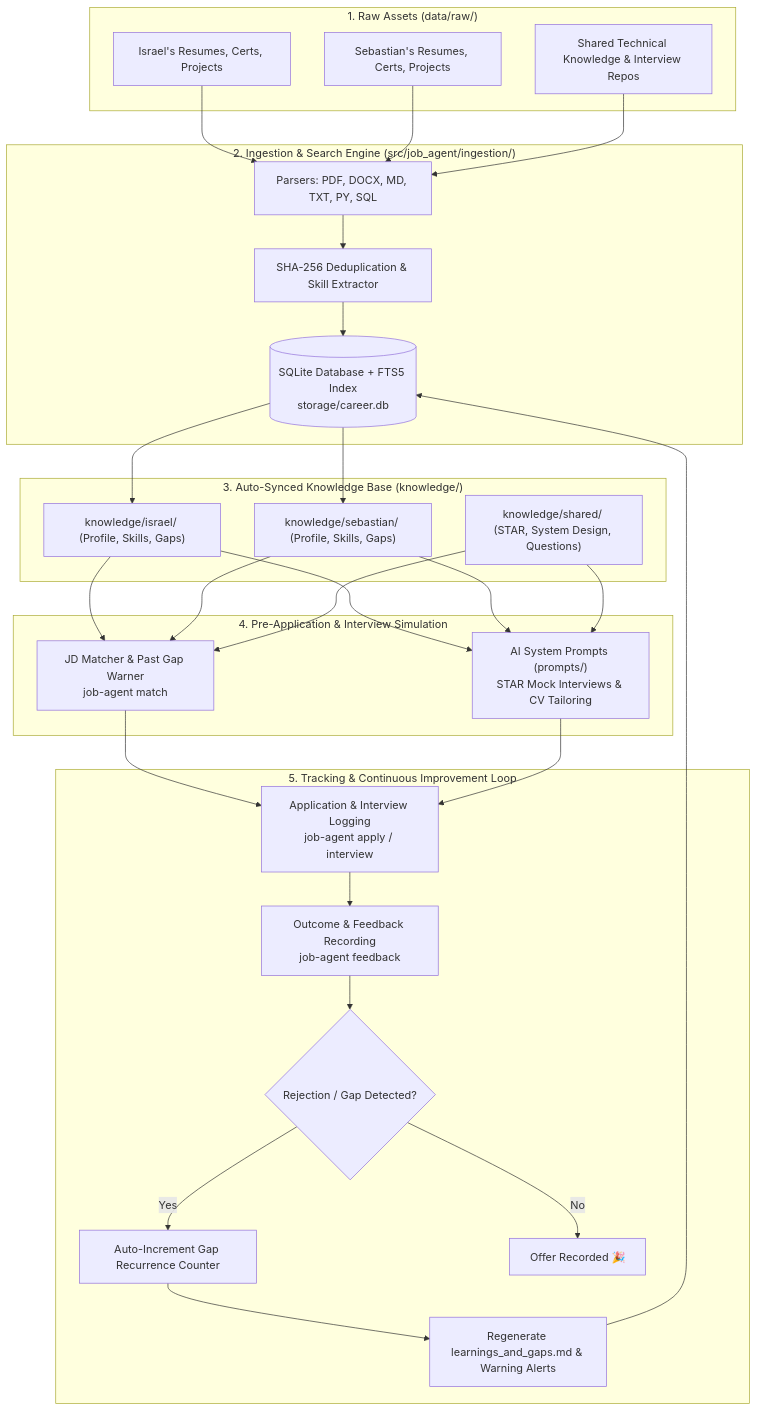
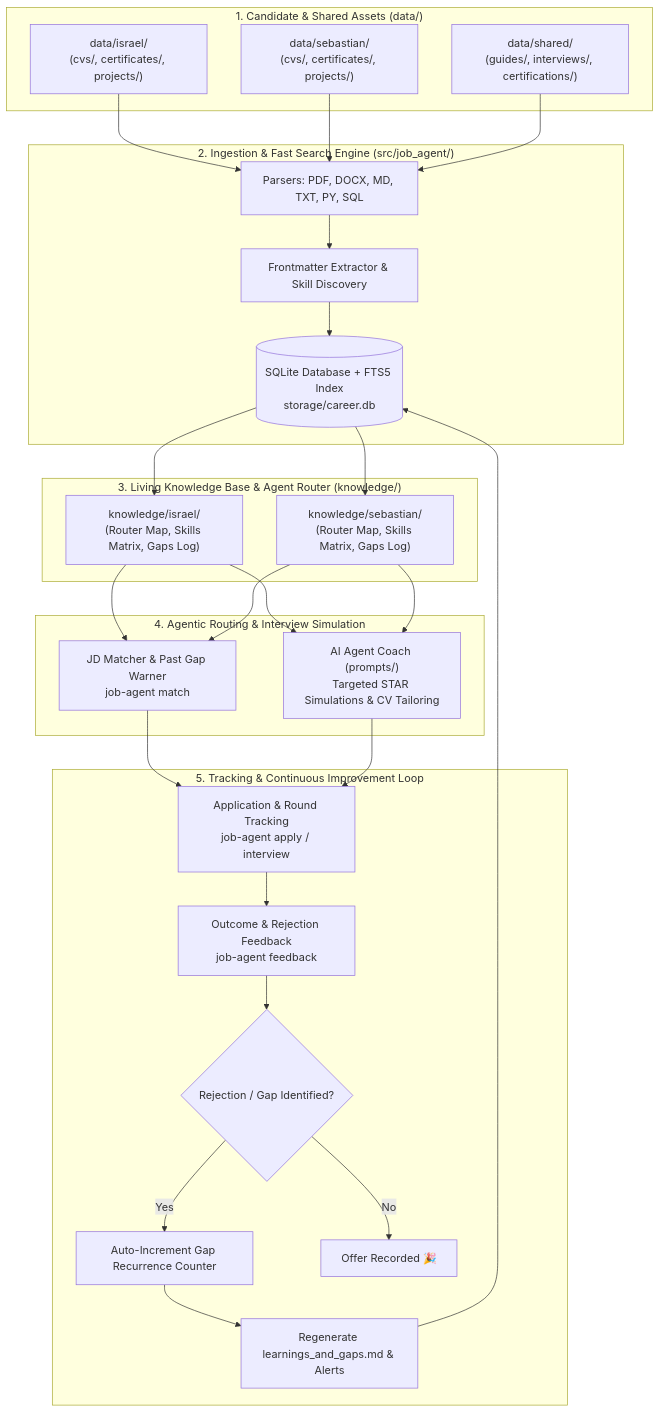
The diagram in README.md (isrita/job-application-agent), drawn with Mermaid before and after one commit. The commit also changed other lines of this file and 296 other files, not shown here.

First line of the commit message:
feat: streamline project architecture with STAR markdown documentation and context routing

````diff
--- a/README.md
+++ b/README.md
@@ -12,41 +12,40 @@
 ```mermaid
 flowchart TD
-    subgraph S1["1. Raw Assets (data/raw/)"]
-        A1["Israel's Resumes, Certs, Projects"]
-        A2["Sebastian's Resumes, Certs, Projects"]
-        A3["Shared Technical Knowledge & Interview Repos"]
+    subgraph S1["1. Candidate & Shared Assets (data/)"]
+        A1["data/israel/\n(cvs/, certificates/, projects/)"]
+        A2["data/sebastian/\n(cvs/, certificates/, projects/)"]
+        A3["data/shared/\n(guides/, interviews/, certifications/)"]
     end
 
-    subgraph S2["2. Ingestion & Search Engine (src/job_agent/ingestion/)"]
+    subgraph S2["2. Ingestion & Fast Search Engine (src/job_agent/)"]
         B1["Parsers: PDF, DOCX, MD, TXT, PY, SQL"]
-        B2["SHA-256 Deduplication & Skill Extractor"]
+        B2["Frontmatter Extractor & Skill Discovery"]
         B3[("SQLite Database + FTS5 Index\nstorage/career.db")]
     end
 
-    subgraph S3["3. Auto-Synced Knowledge Base (knowledge/)"]
-        C1["knowledge/israel/ (Profile, Skills, Gaps)"]
-        C2["knowledge/sebastian/ (Profile, Skills, Gaps)"]
-        C3["knowledge/shared/ (STAR, System Design, Questions)"]
+    subgraph S3["3. Living Knowledge Base & Agent Router (knowledge/)"]
+        C1["knowledge/israel/\n(Router Map, Skills Matrix, Gaps Log)"]
+        C2["knowledge/sebastian/\n(Router Map, Skills Matrix, Gaps Log)"]
     end
 
-    subgraph S4["4. Pre-Application & Interview Simulation"]
+    subgraph S4["4. Agentic Routing & Interview Simulation"]
         D1["JD Matcher & Past Gap Warner\njob-agent match"]
-        D2["AI System Prompts (prompts/)\nSTAR Mock Interviews & CV Tailoring"]
+        D2["AI Agent Coach (prompts/)\nTargeted STAR Simulations & CV Tailoring"]
     end
 
     subgraph S5["5. Tracking & Continuous Improvement Loop"]
-        E1["Application & Interview Logging\njob-agent apply / interview"]
-        E2["Outcome & Feedback Recording\njob-agent feedback"]
-        E3{"Rejection / Gap Detected?"}
+        E1["Application & Round Tracking\njob-agent apply / interview"]
+        E2["Outcome & Rejection Feedback\njob-agent feedback"]
+        E3{"Rejection / Gap Identified?"}
         E4["Auto-Increment Gap Recurrence Counter"]
-        E5["Regenerate learnings_and_gaps.md & Warning Alerts"]
+        E5["Regenerate learnings_and_gaps.md & Alerts"]
         E6["Offer Recorded 🎉"]
     end
 
     A1 & A2 & A3 --> B1 --> B2 --> B3
     B3 --> C1 & C2
-    C1 & C2 & C3 --> D1 & D2
+    C1 & C2 --> D1 & D2
     D1 & D2 --> E1 --> E2 --> E3
     E3 -- Yes --> E4 --> E5 --> B3
     E3 -- No --> E6
 ```
````
